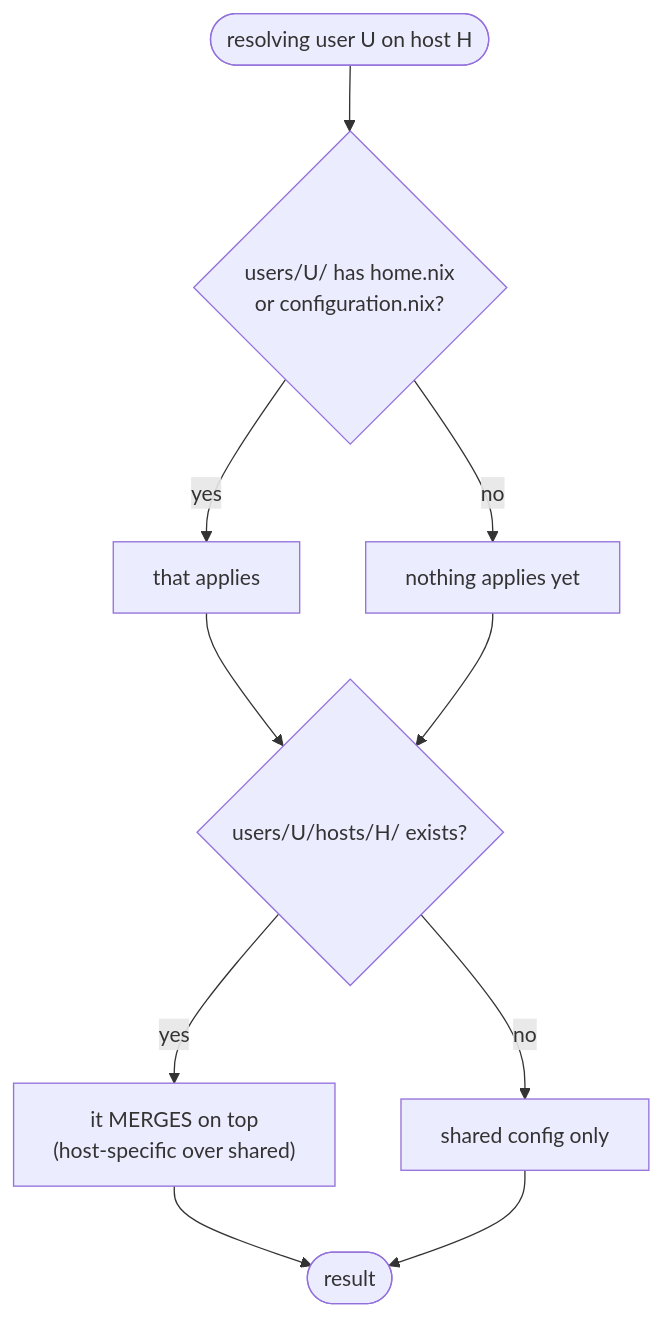
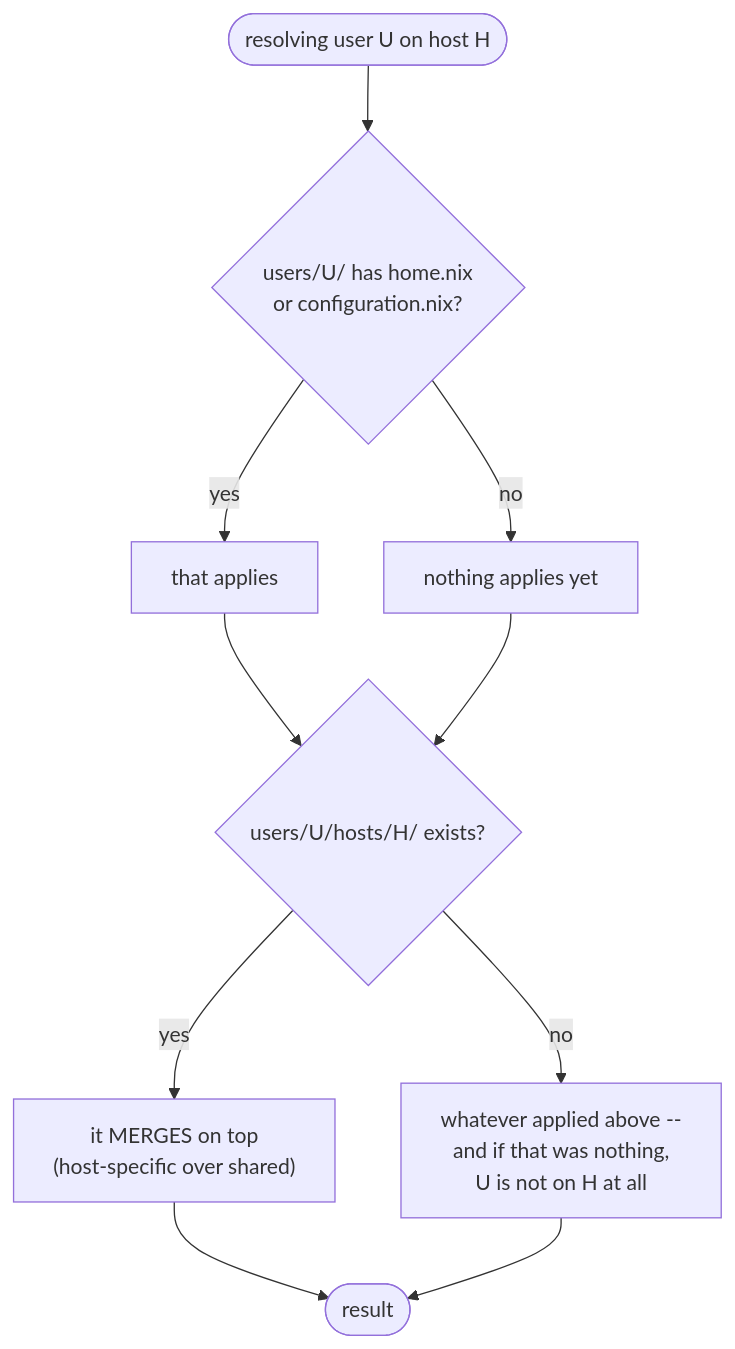
Before and after one commit to dvaerum/nixpkgs-lib-extensions: the second of 3 diagrams in docs/getting-started.md, drawn with Mermaid. The commit also changed other lines of this file and 16 other files, not shown here.

````diff
--- a/docs/getting-started.md
+++ b/docs/getting-started.md
@@ -168,12 +170,12 @@
 ```mermaid
 flowchart TD
     A(["resolving user U on host H"]) --> B{"users/U/ has home.nix<br/>or configuration.nix?"}
     B -->|yes| C["that applies"]
     B -->|no| D["nothing applies yet"]
     C --> E{"users/U/hosts/H/ exists?"}
     D --> E
     E -->|yes| F["it MERGES on top<br/>(host-specific over shared)"]
-    E -->|no| G["shared config only"]
+    E -->|no| G["whatever applied above --<br/>and if that was nothing,<br/>U is not on H at all"]
     F --> H(["result"])
     G --> H
 ```
````
